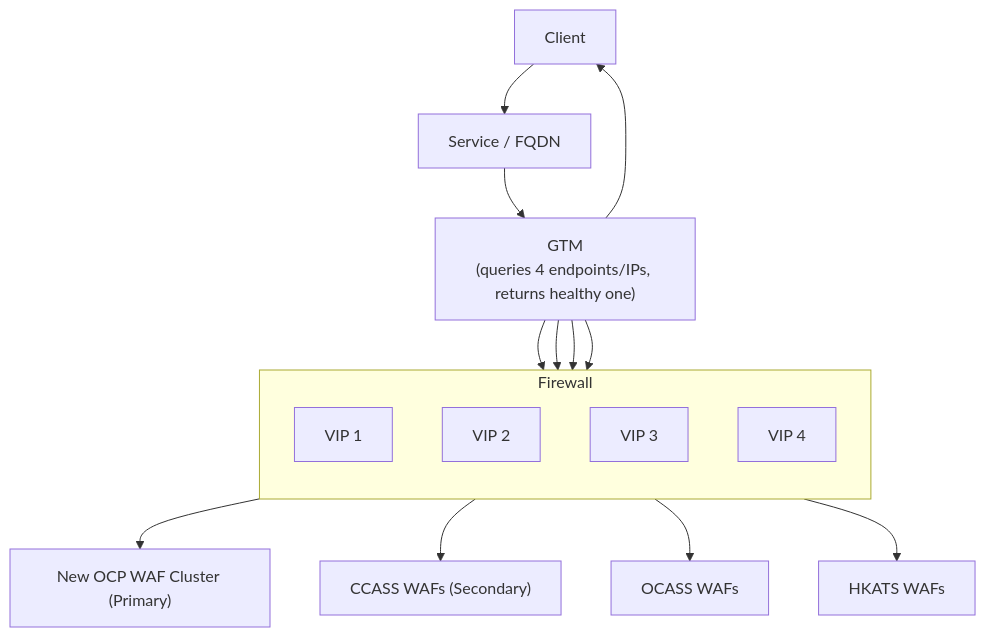
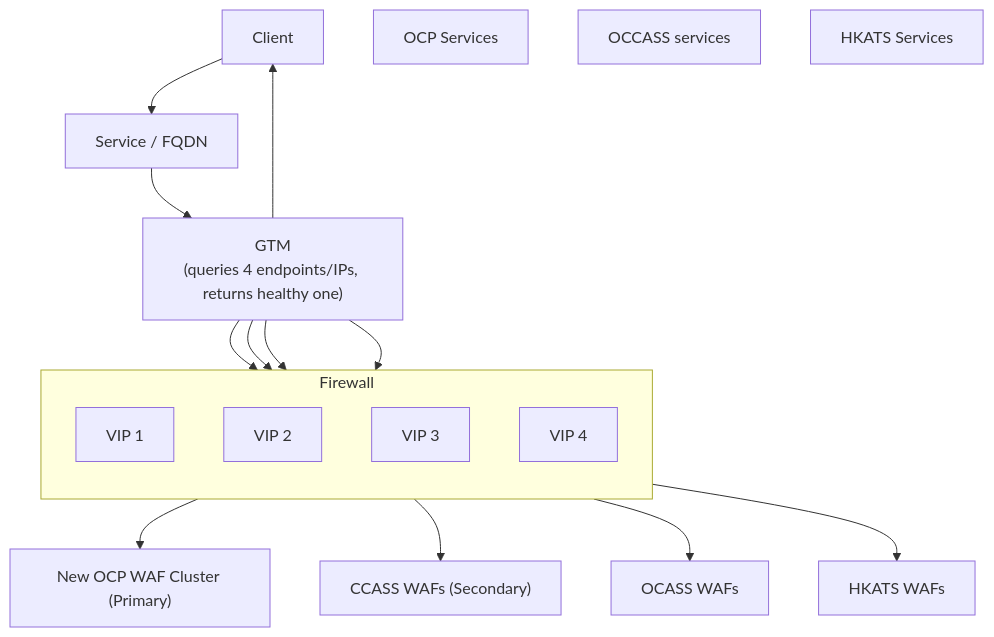
One commit to jfang88/SampleDiagrams changed the diagram in GTM-WAF.md. Above: the diagram before and after it, drawn with Mermaid.

````diff
--- a/GTM-WAF.md
+++ b/GTM-WAF.md
@@ -1,34 +1,38 @@
 ```mermaid
 graph TD
     Client["Client"]
     ServiceFQDN["Service / FQDN"]
     GTM["GTM\n(queries 4 endpoints/IPs, returns healthy one)"]
 
     subgraph Firewall
         direction TB
         VIP1["VIP 1"]
         VIP2["VIP 2"]
         VIP3["VIP 3"]
         VIP4["VIP 4"]
     end
 
     WAF1["New OCP WAF Cluster (Primary)"]
     WAF2["CCASS WAFs (Secondary)"]
     WAF3["OCASS WAFs"]
     WAF4["HKATS WAFs"]
 
+    VPC1["OCP Services"]
+    VPC2["OCCASS services"]
+    VPC3["HKATS Services"]
+
     Client --> ServiceFQDN
     ServiceFQDN --> GTM
     GTM --> Client
 
     GTM --> VIP1
     GTM --> VIP2
     GTM --> VIP3
     GTM --> VIP4
 
     VIP1 --> WAF1
     VIP2 --> WAF2
     VIP3 --> WAF3
     VIP4 --> WAF4
 
 ```
````
